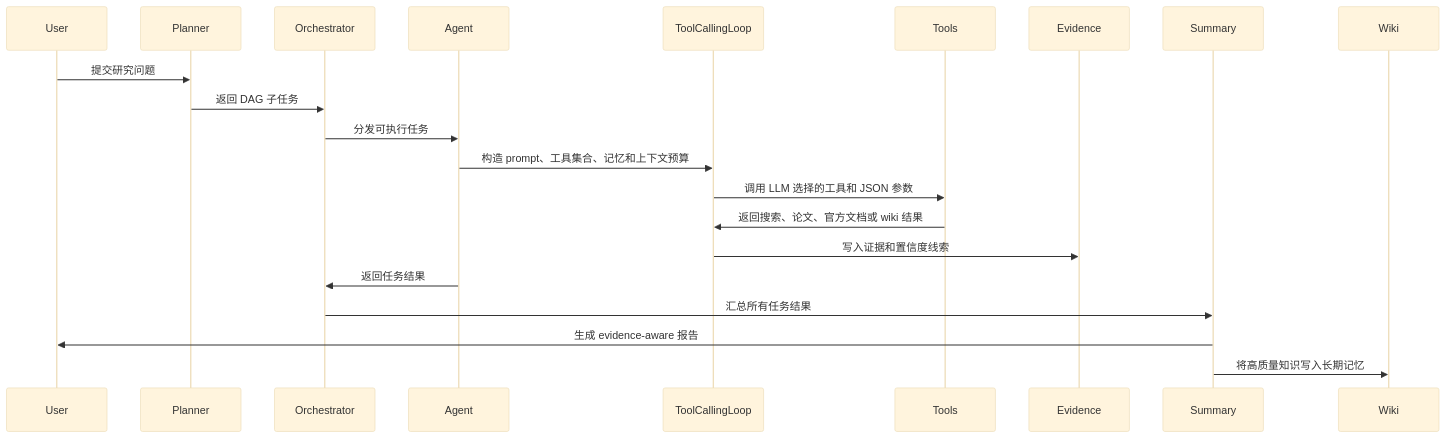
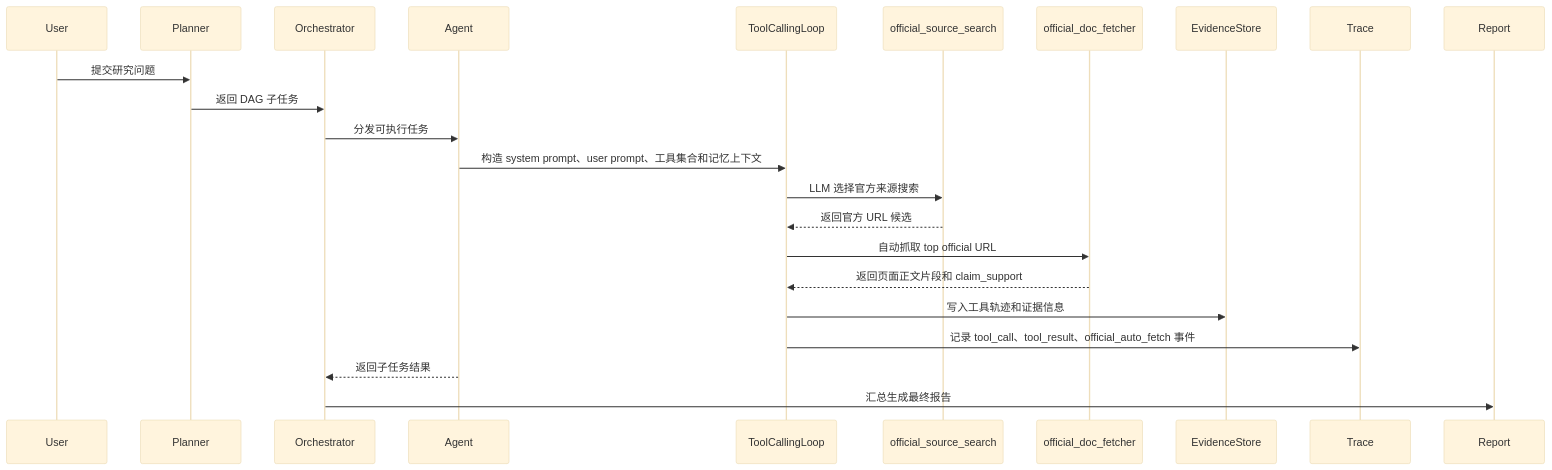
The second of 2 diagrams in README.md (zxc3334/deepresearch), drawn with Mermaid (base theme) before and after one commit. The commit also changed other lines of this file and 36 other files, not shown here.

Commit message:
Add domain adapters and official evidence auto-fetch

````diff
--- a/README.md
+++ b/README.md
@@ -85,24 +69,26 @@
 ```mermaid
 sequenceDiagram
-    participant User
-    participant Planner
-    participant Orchestrator
-    participant Agent
-    participant TLoop as ToolCallingLoop
-    participant Tools
-    participant Evidence
-    participant Summary
-    participant Wiki
+    participant U as User
+    participant P as Planner
+    participant O as Orchestrator
+    participant A as Agent
+    participant L as ToolCallingLoop
+    participant S as official_source_search
+    participant F as official_doc_fetcher
+    participant E as EvidenceStore
+    participant T as Trace
+    participant R as Report
 
-    User->>Planner: 提交研究问题
-    Planner->>Orchestrator: 返回 DAG 子任务
-    Orchestrator->>Agent: 分发可执行任务
-    Agent->>TLoop: 构造 prompt、工具集合、记忆和上下文预算
-    TLoop->>Tools: 调用 LLM 选择的工具和 JSON 参数
-    Tools->>TLoop: 返回搜索、论文、官方文档或 wiki 结果
-    TLoop->>Evidence: 写入证据和置信度线索
-    Agent->>Orchestrator: 返回任务结果
-    Orchestrator->>Summary: 汇总所有任务结果
-    Summary->>User: 生成 evidence-aware 报告
-    Summary->>Wiki: 将高质量知识写入长期记忆
+    U->>P: 提交研究问题
+    P->>O: 返回 DAG 子任务
+    O->>A: 分发可执行任务
+    A->>L: 构造 system prompt、user prompt、工具集合和记忆上下文
+    L->>S: LLM 选择官方来源搜索
+    S-->>L: 返回官方 URL 候选
+    L->>F: 自动抓取 top official URL
+    F-->>L: 返回页面正文片段和 claim_support
+    L->>E: 写入工具轨迹和证据信息
+    L->>T: 记录 tool_call、tool_result、official_auto_fetch 事件
+    A-->>O: 返回子任务结果
+    O->>R: 汇总生成最终报告
 ```
````
